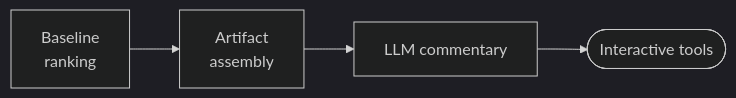
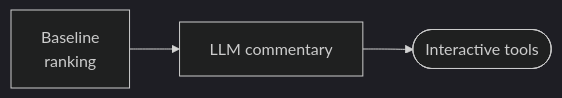
The diagram in docs/pipeline/06-intervention-analysis.md (ma9o/causal-ssm-agent), drawn with Mermaid (dark theme) before and after one commit. The commit also changed other lines of this file and 18 other files, not shown here.

````diff
--- a/docs/pipeline/06-intervention-analysis.md
+++ b/docs/pipeline/06-intervention-analysis.md
@@ -24,4 +23,4 @@
 ```mermaid
 flowchart LR
-    B[Baseline\nranking] --> A[Artifact\nassembly] --> C[LLM commentary] --> T([Interactive tools])
+    B[Baseline\nranking] --> C[LLM commentary] --> T([Interactive tools])
 ```
````
